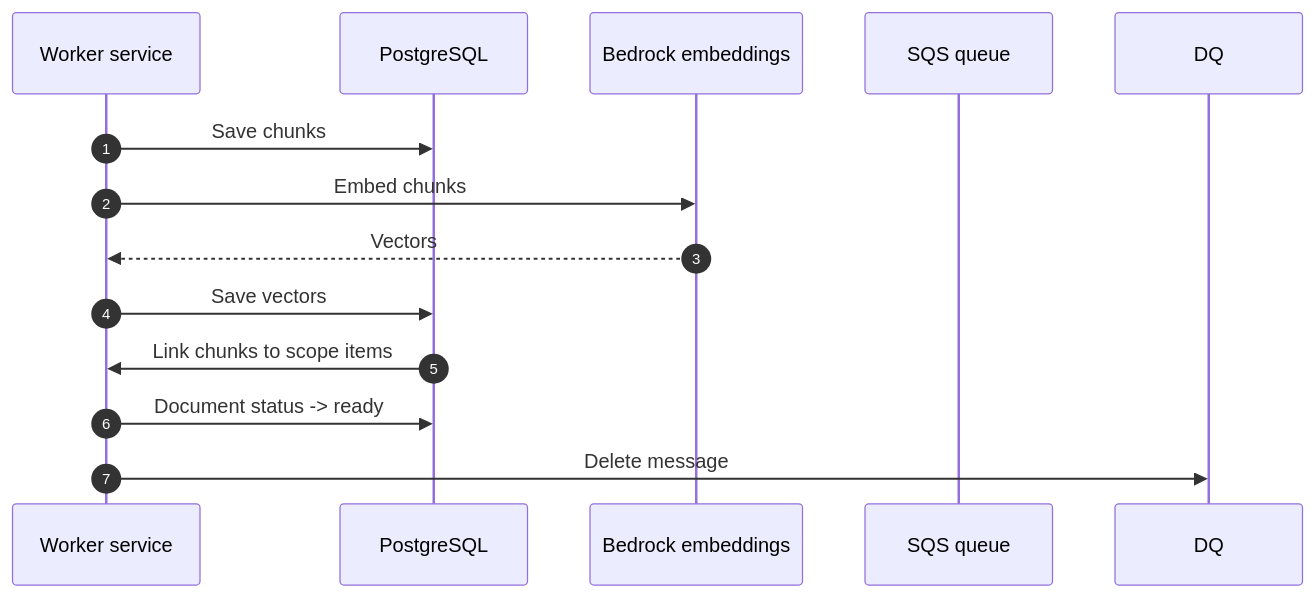
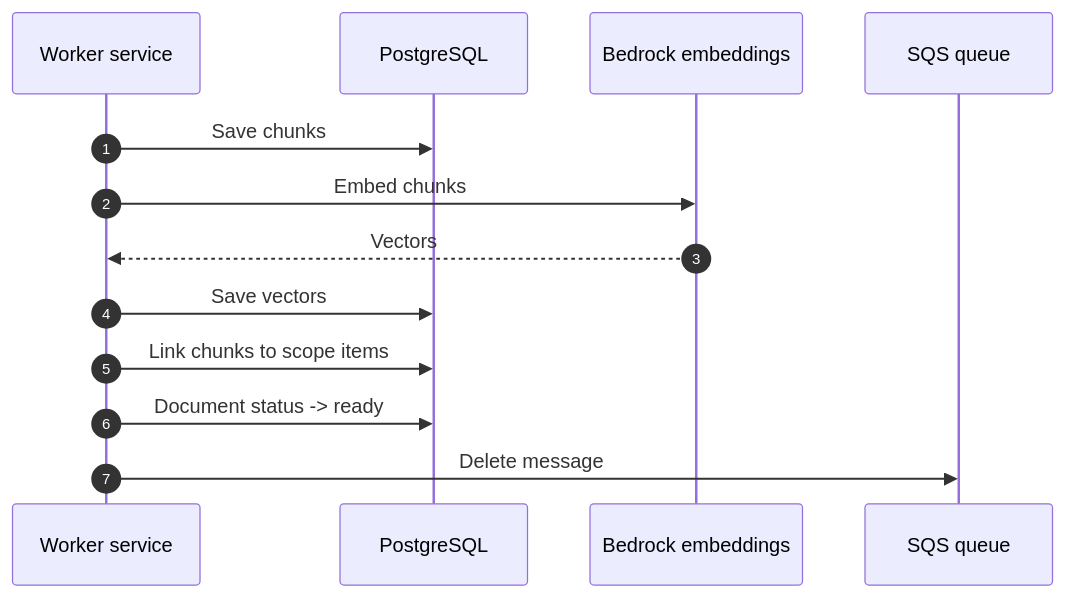
One commit to DavidRHannah/compliance changed the third of 12 diagrams in README.md. Above: the diagram before and after it, drawn with Mermaid. The commit also changed other lines of this file, not shown here.

Commit message:
Document diagrams reviewed, assessment diagrams made & reviewed.

````diff
--- a/README.md
+++ b/README.md
@@ -112,17 +112,16 @@
 ```mermaid
 sequenceDiagram
     autonumber
     participant W as Worker service
     participant DB as PostgreSQL
     participant BR as Bedrock embeddings 
     participant Q as SQS queue
 
     W->>DB: Save chunks
     W->>BR: Embed chunks
     BR-->>W: Vectors
     W->>DB: Save vectors
-    DB->>W: Link chunks to scope items
+    W->>DB: Link chunks to scope items
     W->>DB: Document status -> ready
-    W->>DQ: Delete message
-    
+    W->>Q: Delete message
 ```
````
